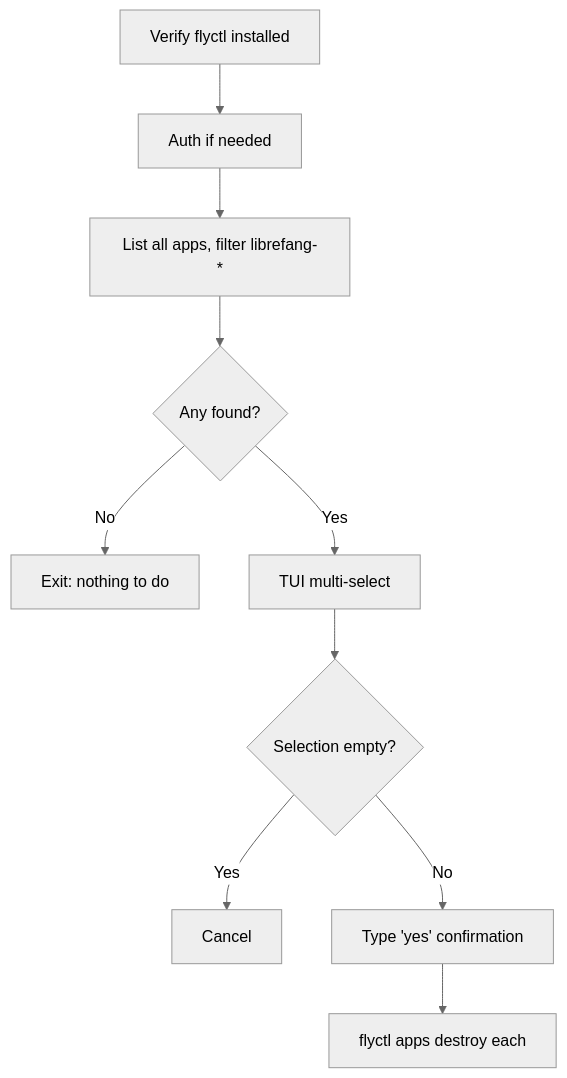
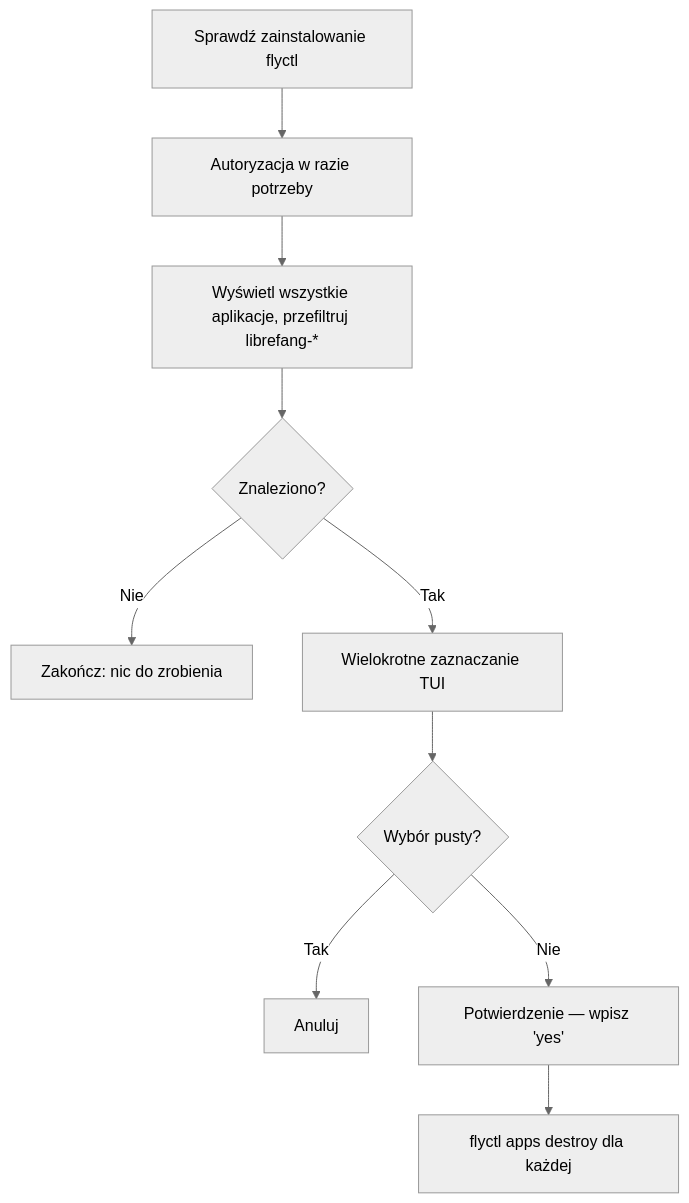
The second of 2 diagrams in deploy-fly.md (leszek3737/librefang-WIki), drawn with Mermaid (neutral theme) before and after one commit. The commit also changed other lines of this file and 104 other files, not shown here.

````diff
--- a/deploy-fly.md
+++ b/deploy-fly.md
@@ -90,12 +90,12 @@
 ```mermaid
 flowchart TD
-    A[Verify flyctl installed] --> B[Auth if needed]
-    B --> C[List all apps, filter librefang-*]
-    C --> D{Any found?}
-    D -- No --> E[Exit: nothing to do]
-    D -- Yes --> F[TUI multi-select]
-    F --> G{Selection empty?}
-    G -- Yes --> H[Cancel]
-    G -- No --> I[Type 'yes' confirmation]
-    I --> J[flyctl apps destroy each]
+    A[Sprawdź zainstalowanie flyctl] --> B[Autoryzacja w razie potrzeby]
+    B --> C[Wyświetl wszystkie aplikacje, przefiltruj librefang-*]
+    C --> D{Znaleziono?}
+    D -- Nie --> E[Zakończ: nic do zrobienia]
+    D -- Tak --> F[Wielokrotne zaznaczanie TUI]
+    F --> G{Wybór pusty?}
+    G -- Tak --> H[Anuluj]
+    G -- Nie --> I[Potwierdzenie — wpisz 'yes']
+    I --> J[flyctl apps destroy dla każdej]
 ```
````
